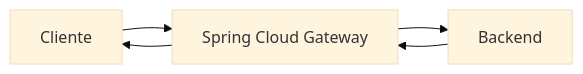
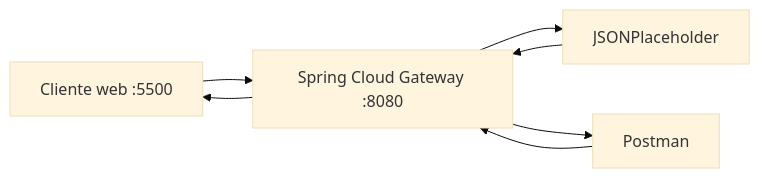
One commit to cmartinezs/DSY1107-DESARROLLO-CLOUD-NATIVE-I-2026-2 changed the diagram in semanas/semana-01/laboratorio-api-gateway/starter/docs/evidencias.md. Above: the diagram before and after it, drawn with Mermaid (base theme). The commit also changed other lines of this file, not shown here.

````diff
--- a/semanas/semana-01/laboratorio-api-gateway/starter/docs/evidencias.md
+++ b/semanas/semana-01/laboratorio-api-gateway/starter/docs/evidencias.md
@@ -9,7 +25,14 @@
 ```mermaid
 flowchart LR
-    C[Cliente] --> G[Spring Cloud Gateway]
-    G --> B[Backend]
+    WEB[Cliente web :5500]
+    P[Postman]
+    G[Spring Cloud Gateway :8080]
+    B[JSONPlaceholder]
+
+    WEB --> G
+    P --> G
+    G --> B
     B --> G
-    G --> C
+    G --> WEB
+    G --> P
 ```
````
